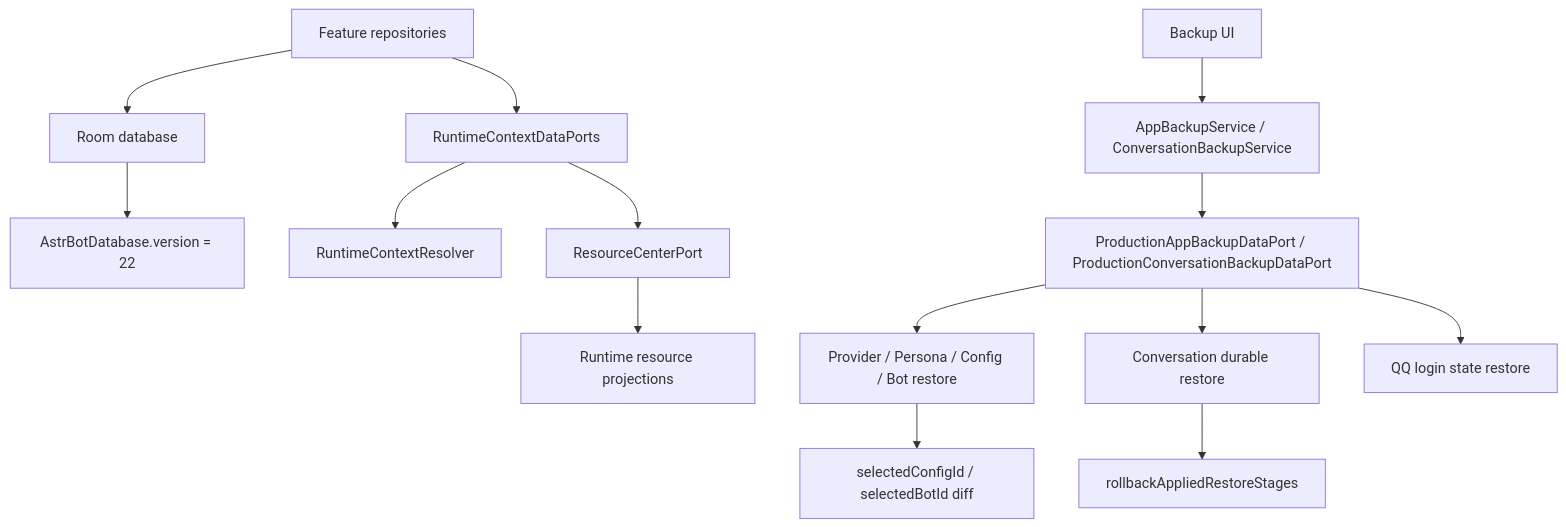
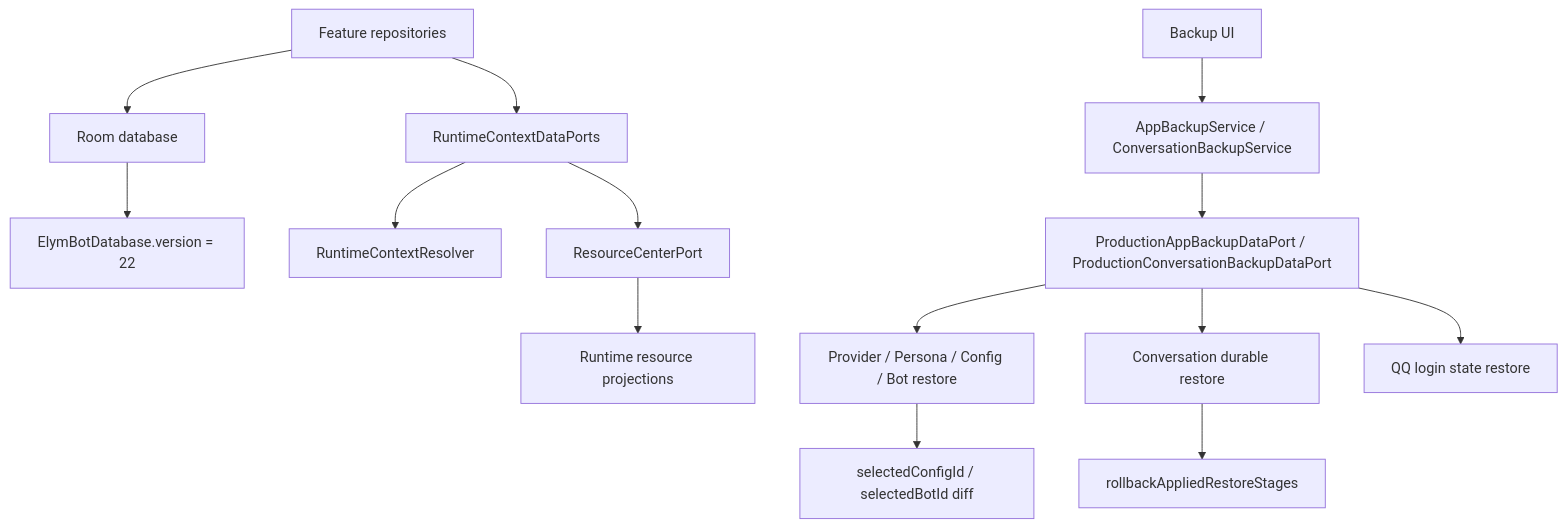
One commit to undertaker33/ElymBot changed the sixth of 6 diagrams in docs/archive/pre-uth-docs/docs-00-11/11_全链路执行流程图.md. Above: the diagram before and after it, drawn with Mermaid. The commit also changed other lines of this file and 2201 other files, not shown here.

````diff
--- a/docs/archive/pre-uth-docs/docs-00-11/11_全链路执行流程图.md
+++ b/docs/archive/pre-uth-docs/docs-00-11/11_全链路执行流程图.md
@@ -218,19 +218,19 @@
 ```mermaid
 flowchart TD
     A["Feature repositories"] --> B["Room database"]
-    B --> C["AstrBotDatabase.version = 22"]
+    B --> C["ElymBotDatabase.version = 22"]
 
     A --> D["RuntimeContextDataPorts"]
     D --> E["RuntimeContextResolver"]
     D --> F["ResourceCenterPort"]
     F --> G["Runtime resource projections"]
 
     H["Backup UI"] --> I["AppBackupService / ConversationBackupService"]
     I --> J["ProductionAppBackupDataPort / ProductionConversationBackupDataPort"]
     J --> K["Provider / Persona / Config / Bot restore"]
     J --> L["Conversation durable restore"]
     J --> M["QQ login state restore"]
 
     K --> N["selectedConfigId / selectedBotId diff"]
     L --> O["rollbackAppliedRestoreStages"]
 ```
````
